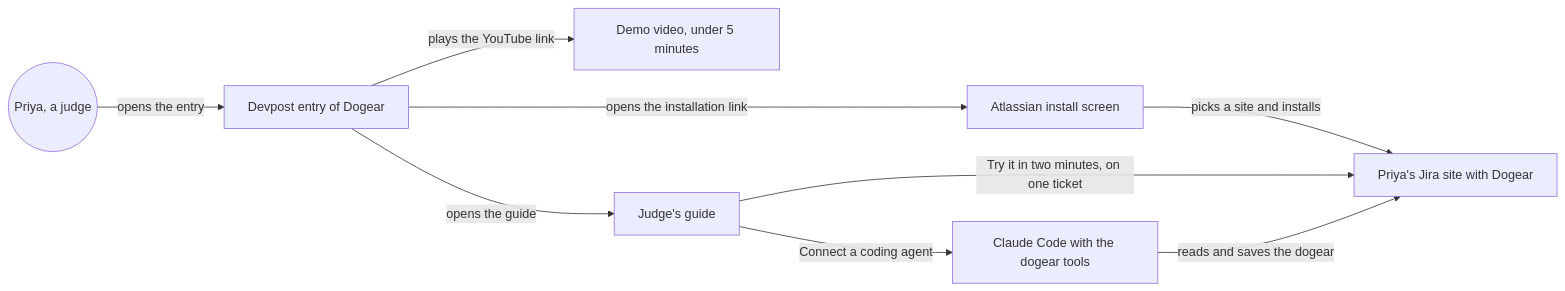
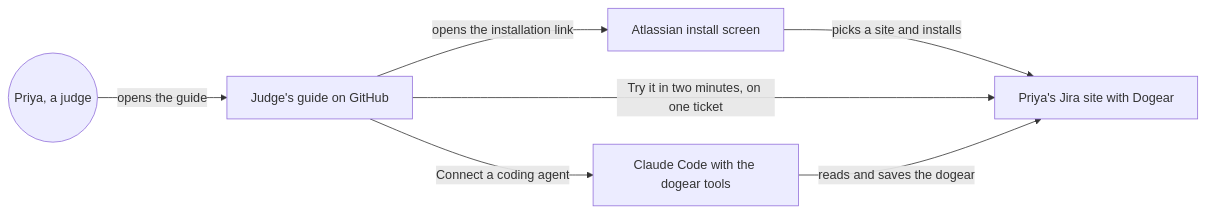
Before and after one commit to dzaffren/dogear: the first of 2 diagrams in docs/specs/judge-ready-entry.md, drawn with Mermaid. The commit also changed other lines of this file and 2 other files, not shown here.

Commit message:
docs(spec): split submit-entry from judge-ready-entry

````diff
--- a/docs/specs/judge-ready-entry.md
+++ b/docs/specs/judge-ready-entry.md
@@ -75,11 +73,9 @@
 ```mermaid
 flowchart LR
-    J((Priya, a judge)) -- "opens the entry" --> D[Devpost entry of Dogear]
-    D -- "plays the YouTube link" --> V[Demo video, under 5 minutes]
-    D -- "opens the installation link" --> I[Atlassian install screen]
+    J((Priya, a judge)) -- "opens the guide" --> G[Judge's guide on GitHub]
+    G -- "opens the installation link" --> I[Atlassian install screen]
     I -- "picks a site and installs" --> S[Priya's Jira site with Dogear]
-    D -- "opens the guide" --> G[Judge's guide]
     G -- "Try it in two minutes, on one ticket" --> S
     G -- "Connect a coding agent" --> C[Claude Code with the dogear tools]
     C -- "reads and saves the dogear" --> S
 ```
````
